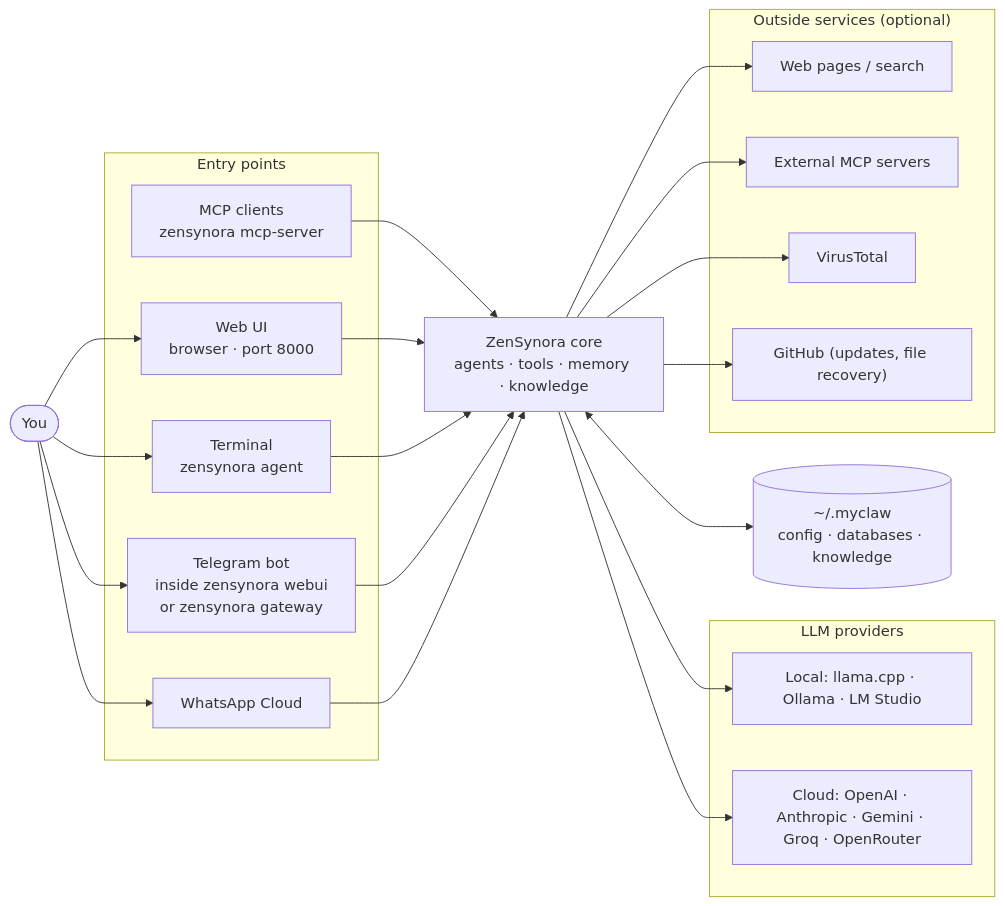
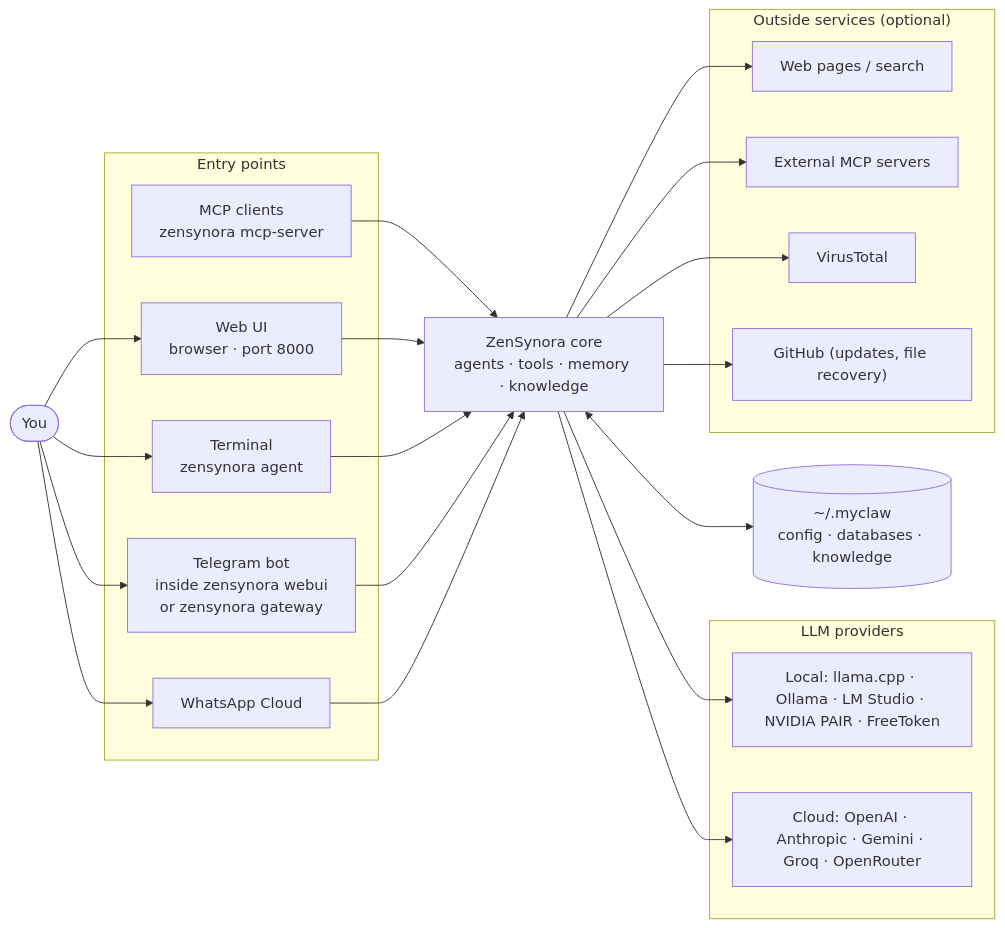
Before and after one commit to adrianx26/zensynora: the first of 20 diagrams in docs/architecture_diagram.md, drawn with Mermaid. The commit also changed other lines of this file and 28 other files, not shown here.

First line of the commit message:
NVIDIA PAIR and FreeToken providers; context length per provider kept across routing

````diff
--- a/docs/architecture_diagram.md
+++ b/docs/architecture_diagram.md
@@ -38,30 +38,30 @@
 ```mermaid
 flowchart LR
     user(["You"])
     subgraph entry["Entry points"]
         webui["Web UI<br/>browser · port 8000"]
         cli["Terminal<br/>zensynora agent"]
         tg["Telegram bot<br/>inside zensynora webui<br/>or zensynora gateway"]
         wa["WhatsApp Cloud"]
         mcpc["MCP clients<br/>zensynora mcp-server"]
     end
     core["ZenSynora core<br/>agents · tools · memory · knowledge"]
     subgraph llm["LLM providers"]
-        local["Local: llama.cpp · Ollama · LM Studio"]
+        local["Local: llama.cpp · Ollama · LM Studio · NVIDIA PAIR · FreeToken"]
         cloud["Cloud: OpenAI · Anthropic · Gemini · Groq · OpenRouter"]
     end
     subgraph ext["Outside services (optional)"]
         web["Web pages / search"]
         mcps["External MCP servers"]
         vt["VirusTotal"]
         gh["GitHub (updates, file recovery)"]
     end
     disk[("~/.myclaw<br/>config · databases · knowledge")]
 
     user --> webui & cli & tg & wa
     mcpc --> core
     webui & cli & tg & wa --> core
     core --> local & cloud
     core --> web & mcps & vt & gh
     core <--> disk
 ```
````
